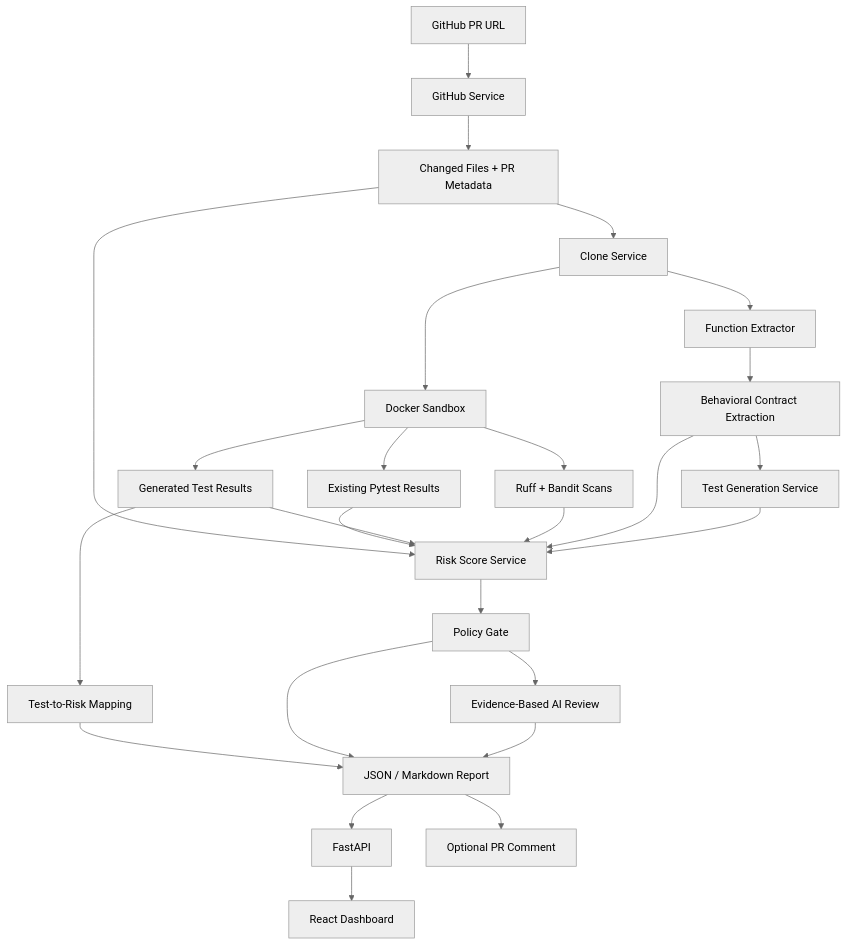
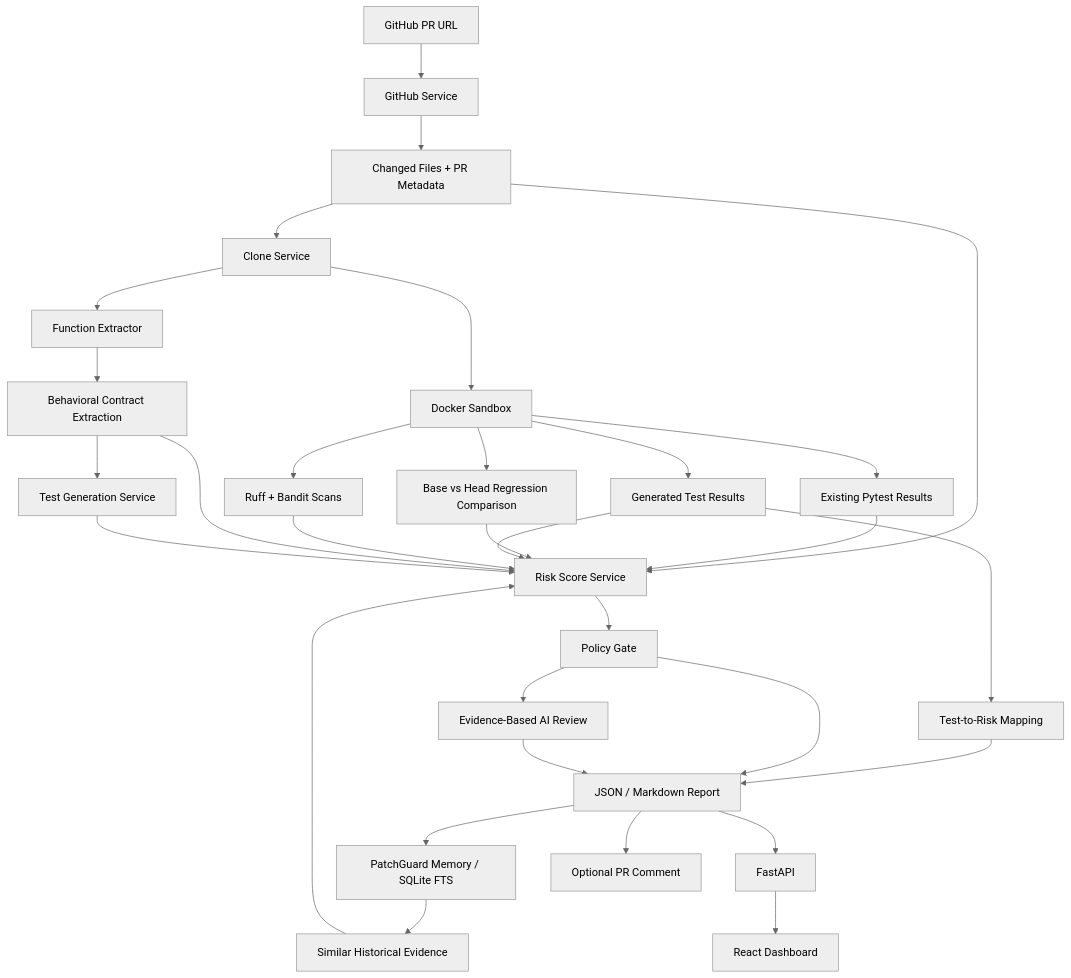
One commit to KaiwenMo1/patchguard changed the diagram in README.md. Above: the diagram before and after it, drawn with Mermaid (neutral theme). The commit also changed other lines of this file and 57 other files, not shown here.

````diff
--- a/README.md
+++ b/README.md
@@ -573,28 +682,33 @@
 ```mermaid
 flowchart TD
     A[GitHub PR URL] --> B[GitHub Service]
     B --> C[Changed Files + PR Metadata]
     C --> D[Clone Service]
     D --> E[Function Extractor]
     E --> R[Behavioral Contract Extraction]
     R --> F[Test Generation Service]
     D --> G[Docker Sandbox]
     G --> H[Existing Pytest Results]
+    G --> T[Base vs Head Regression Comparison]
     G --> I[Generated Test Results]
     G --> J[Ruff + Bandit Scans]
+    L --> U[PatchGuard Memory / SQLite FTS]
+    U --> V[Similar Historical Evidence]
     I --> P[Test-to-Risk Mapping]
     C --> K[Risk Score Service]
     H --> K
+    T --> K
     I --> K
     J --> K
+    V --> K
     R --> K
     F --> K
     K --> Q[Policy Gate]
     Q --> S[Evidence-Based AI Review]
     P --> L[JSON / Markdown Report]
     Q --> L
     S --> L
     L --> M[FastAPI]
     M --> N[React Dashboard]
     L --> O[Optional PR Comment]
 ```
````
